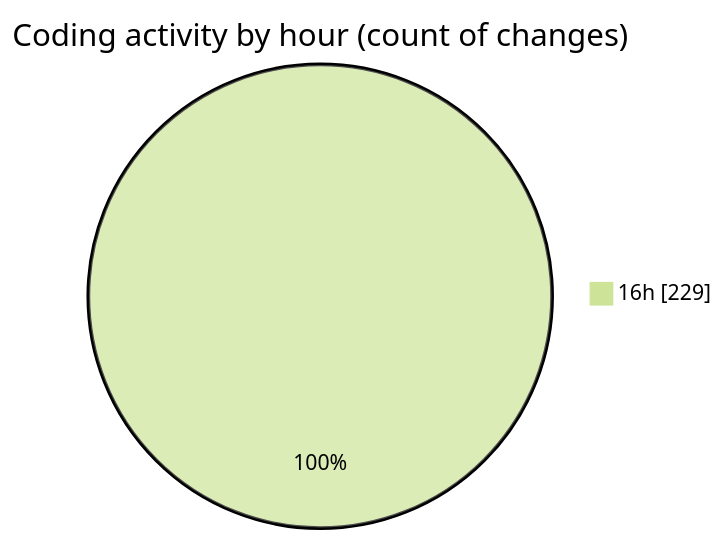
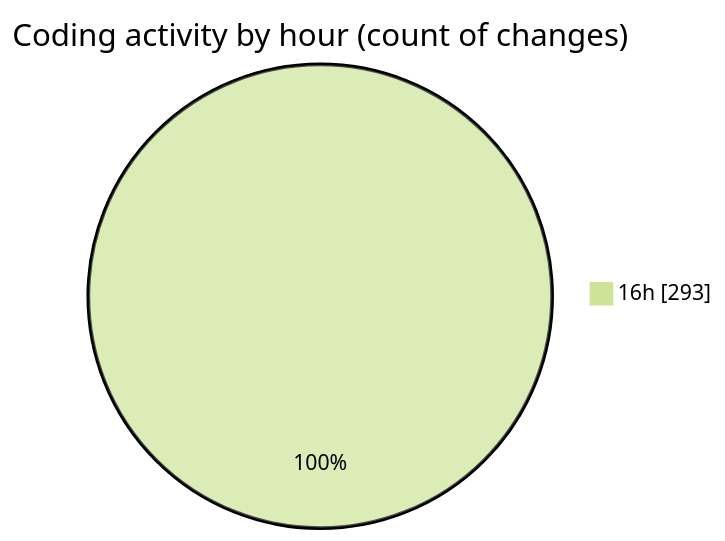
One commit to nxtqubesakshisongat/code-tracking changed the second of 2 diagrams in 2025-04-11/nxtqube_webapp/README.md. Above: the diagram before and after it, drawn with Mermaid (forest theme). The commit also changed other lines of this file and 1 other file, not shown here.

````diff
--- a/2025-04-11/nxtqube_webapp/README.md
+++ b/2025-04-11/nxtqube_webapp/README.md
@@ -32,5 +33,5 @@
 ```mermaid
 pie showData
 title Coding activity by hour (count of changes)
-"16h" : 229
+"16h" : 293
 ```
````
